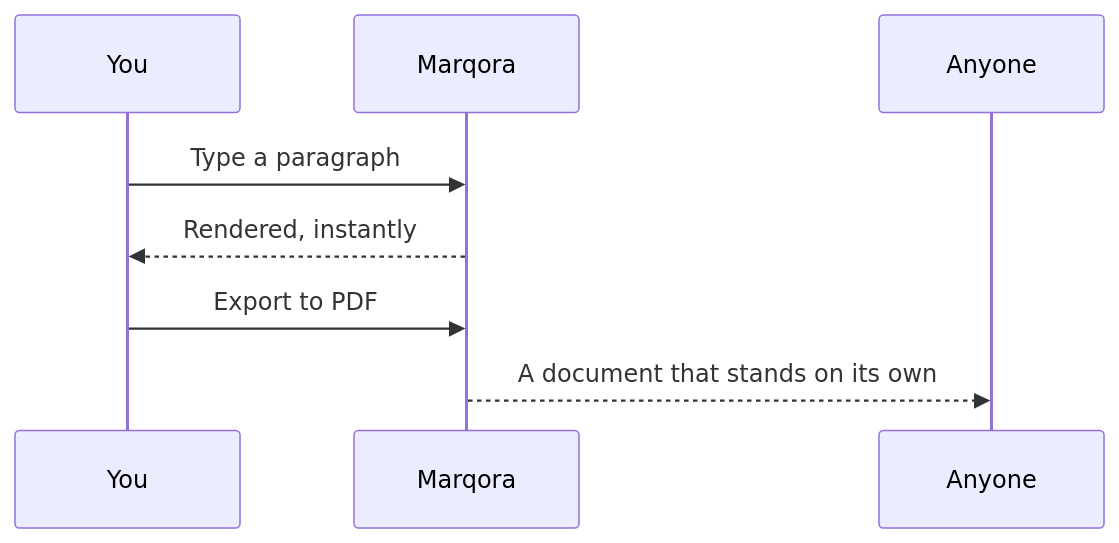
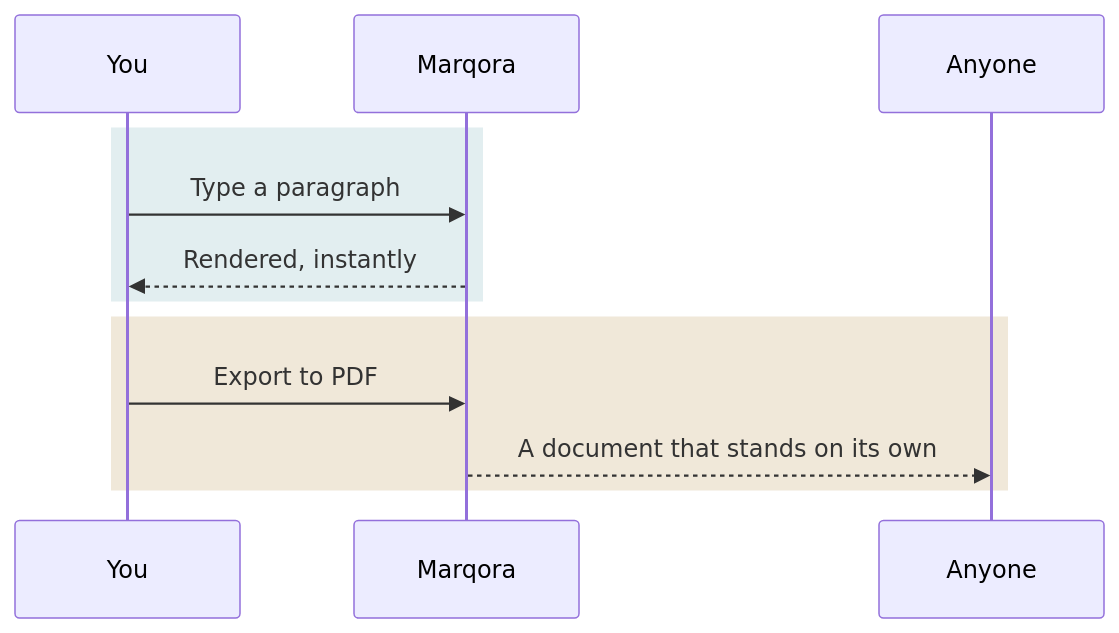
One commit to paultechguy/Marqora changed the second of 2 diagrams in src/PaulTechGuy.MQ.App/Assets/Welcome to Marqora.md. Above: the diagram before and after it, drawn with Mermaid. The commit also changed other lines of this file and 2 other files, not shown here.

````diff
--- a/src/PaulTechGuy.MQ.App/Assets/Welcome to Marqora.md
+++ b/src/PaulTechGuy.MQ.App/Assets/Welcome to Marqora.md
@@ -110,10 +122,16 @@
 ```mermaid
 sequenceDiagram
     participant You
     participant Marqora
     participant Anyone
-    You->>Marqora: Type a paragraph
-    Marqora-->>You: Rendered, instantly
-    You->>Marqora: Export to PDF
-    Marqora-->>Anyone: A document that stands on its own
+
+    rect rgba(63, 143, 152, 0.15)
+        You->>Marqora: Type a paragraph
+        Marqora-->>You: Rendered, instantly
+    end
+
+    rect rgba(154, 103, 0, 0.15)
+        You->>Marqora: Export to PDF
+        Marqora-->>Anyone: A document that stands on its own
+    end
 ```
````
